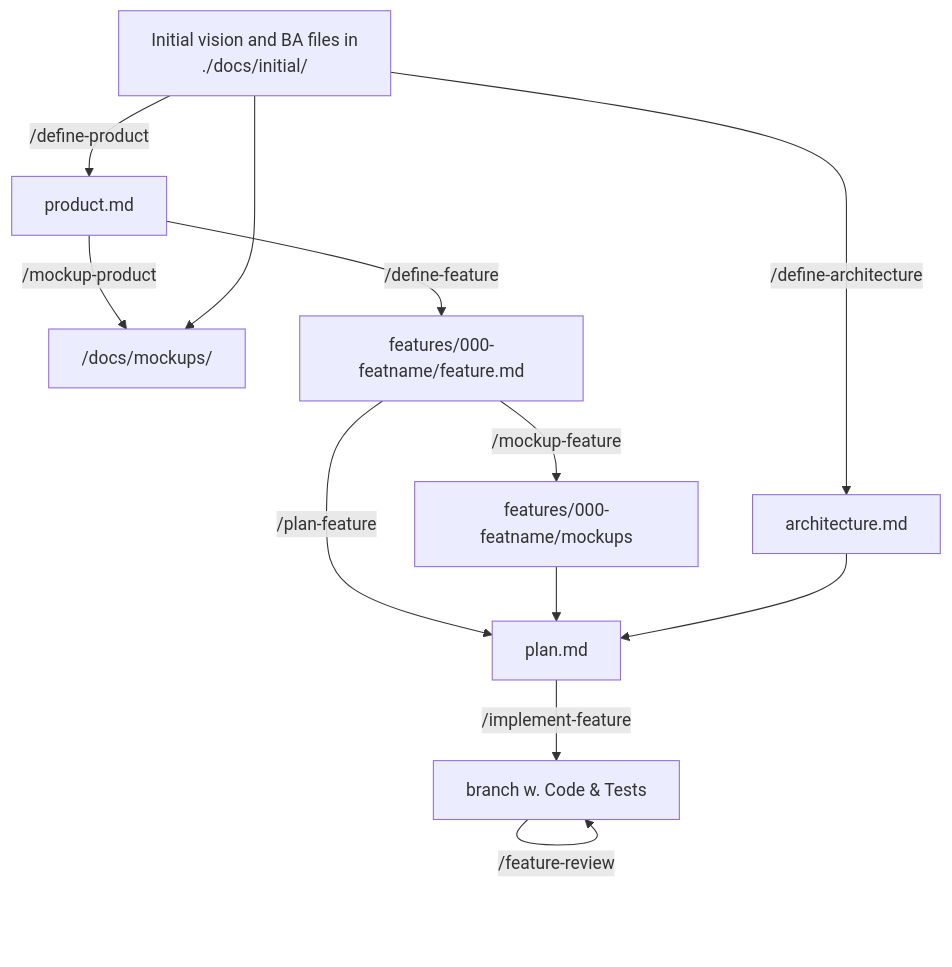
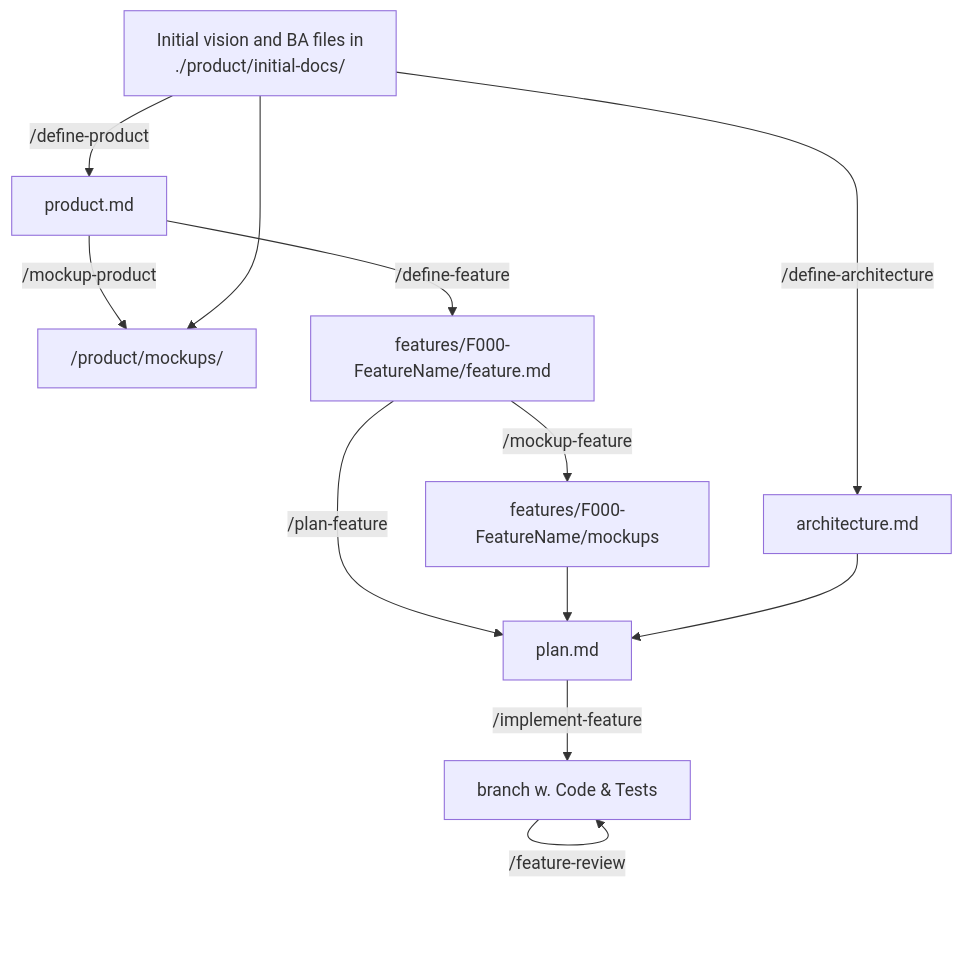
The first of 5 diagrams in README.md (andpush/product-flow), drawn with Mermaid before and after one commit. The commit also changed other lines of this file, not shown here.

````diff
--- a/README.md
+++ b/README.md
@@ -13,24 +14,24 @@
 ```mermaid
 graph TB
     IN[Initial vision and BA files in
-    ./docs/initial/] 
+    ./product/initial-docs/] 
         -->|/define-product| PR[product.md]
     
     
-    PR-->|/mockup-product|PM[ /docs/mockups/ ]
+    PR-->|/mockup-product|PM[ /product/mockups/ ]
     IN--> PM
 
     IN -->|/define-architecture| AR[architecture.md]
     
-    PR --> |/define-feature| F[features/000-featname/feature.md]
+    PR --> |/define-feature| F[features/F000-FeatureName/feature.md]
 
-    F --> |/mockup-feature| FM[features/000-featname/mockups]
+    F --> |/mockup-feature| FM[features/F000-FeatureName/mockups]
 
     F-->|/plan-feature| FP[plan.md]
     FM-->FP
     AR-->FP
 
     FP-->|/implement-feature| FB[branch w. Code & Tests]
     FB-->|/feature-review|FB
     
 ```
````
